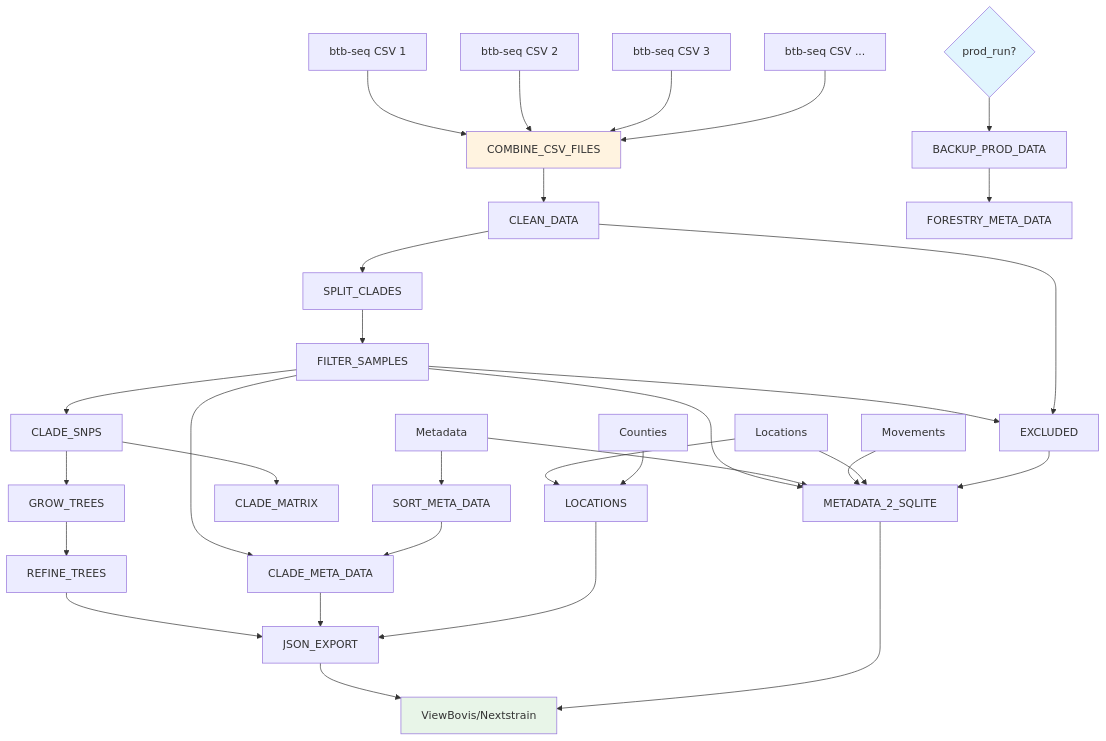
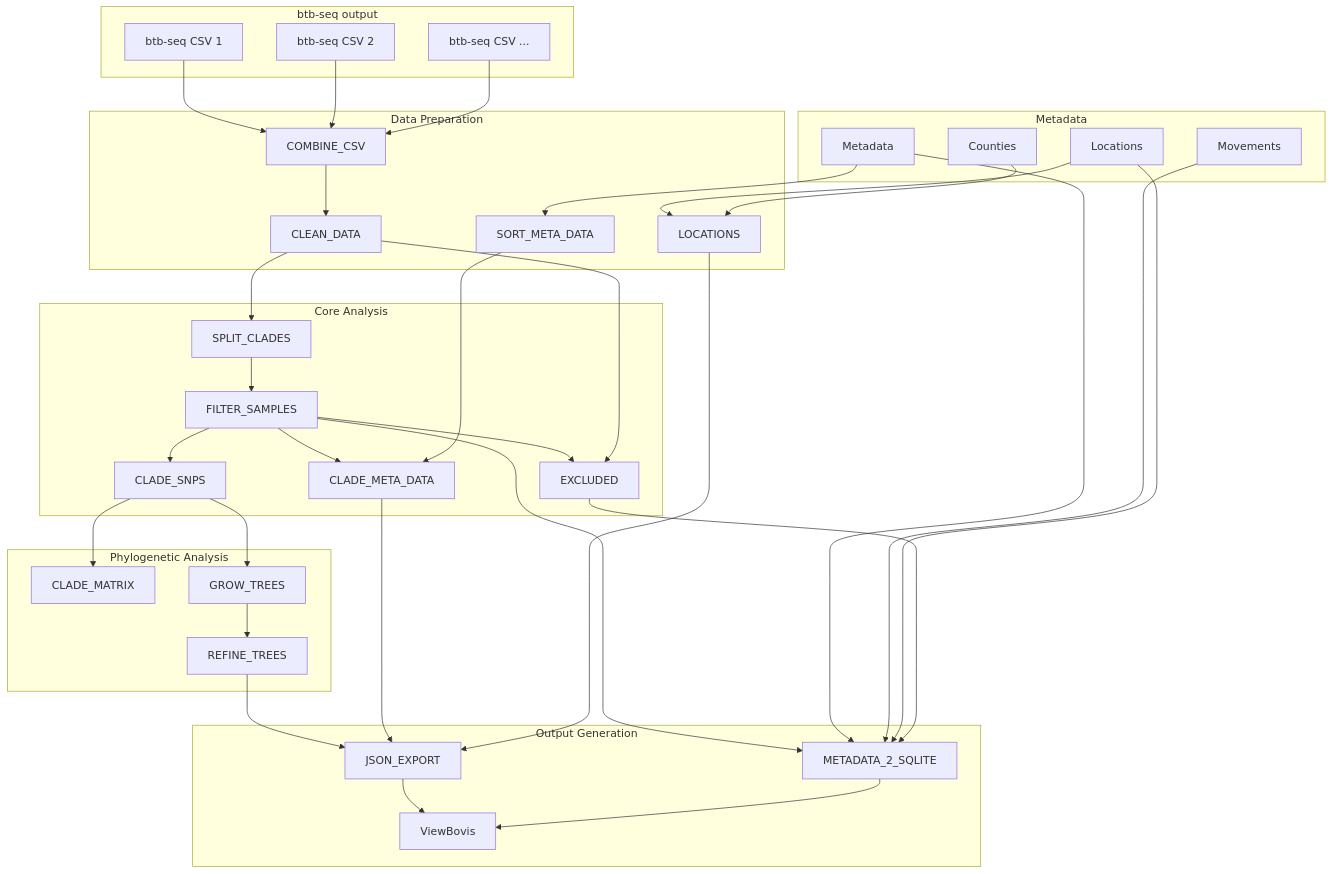
One commit to APHA-CSU/btb-forestry changed the diagram in README.md. Above: the diagram before and after it, drawn with Mermaid.

Commit message:
update mermaid dag

````diff
--- a/README.md
+++ b/README.md
@@ -30,45 +30,81 @@
 ```mermaid
 flowchart TD
-    AA[btb-seq CSV 1] --> BA[COMBINE_CSV_FILES]
-    AB[btb-seq CSV 2] --> BA
-    AC[btb-seq CSV 3] --> BA
-    AD[btb-seq CSV ...] --> BA
+    %% Input
+    subgraph input1 ["btb-seq output"]
+        AA[btb-seq CSV 1]
+        AB[btb-seq CSV 2] 
+        AC[btb-seq CSV ...]
+    end
+
+    %% CSV
+    subgraph input2 ["Metadata"]
+        C[Metadata]
+        E[Locations]
+        G[Counties]
+        U[Movements]
+    end
     
-    BA --> B[CLEAN_DATA]
-    C[Metadata] --> D[SORT_META_DATA]
-    E[Locations] --> F[LOCATIONS]
-    G[Counties] --> F
+    %% Data preparation
+    subgraph prep ["Data Preparation"]
+        BA[COMBINE_CSV]
+        B[CLEAN_DATA]
+        D[SORT_META_DATA]
+        F[LOCATIONS]
+    end
     
-    H{prod_run?} --> I[BACKUP_PROD_DATA]
-    I --> J[FORESTRY_META_DATA]
+    %% Core analysis
+    subgraph analysis ["Core Analysis"]
+        K[SPLIT_CLADES]
+        L[FILTER_SAMPLES]
+        M[EXCLUDED]
+        N[CLADE_META_DATA]
+        O[CLADE_SNPS]
+    end
     
-    B --> K[SPLIT_CLADES]
-    K --> L[FILTER_SAMPLES]
-    L --> M[EXCLUDED]
+    %% Phylogenetic analysis
+    subgraph phylo ["Phylogenetic Analysis"]
+        P[CLADE_MATRIX]
+        Q[GROW_TREES]
+        R[REFINE_TREES]
+    end
+    
+    %% Output generation
+    subgraph output ["Output Generation"]
+        S[JSON_EXPORT]
+        T[METADATA_2_SQLITE]
+        V[ViewBovis]
+    end
+    
+    %% Connections
+    AA --> BA
+    AB --> BA
+    AC --> BA
+    BA --> B
+    C --> D
+    E --> F
+    G --> F
+    
+    B --> K
+    K --> L
+    L --> M
     B --> M
+    L --> N
+    D --> N
+    L --> O
     
-    L --> N[CLADE_META_DATA]
-    D --> N
+    O --> P
+    O --> Q
+    Q --> R
     
-    L --> O[CLADE_SNPS]
-    O --> P[CLADE_MATRIX]
-    O --> Q[GROW_TREES]
-    Q --> R[REFINE_TREES]
-    
-    R --> S[JSON_EXPORT]
+    R --> S
     N --> S
     F --> S
-    
-    L --> T[METADATA_2_SQLITE]
+    L --> T
     C --> T
-    U[Movements] --> T
+    U --> T
     E --> T
     M --> T
     
-    S --> V[ViewBovis/Nextstrain]
+    S --> V
     T --> V
-    
-    style H fill:#e1f5fe
-    style BA fill:#fff3e0
-    style V fill:#e8f5e8
 ```
````
